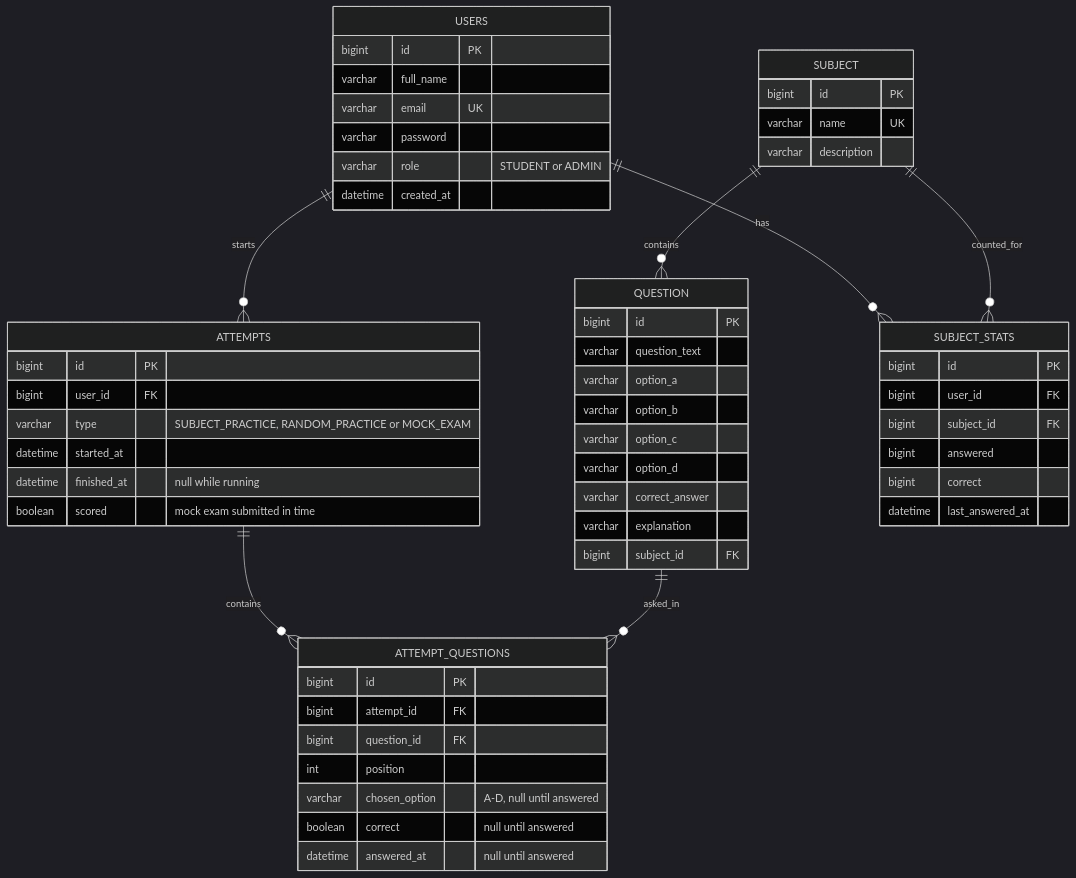
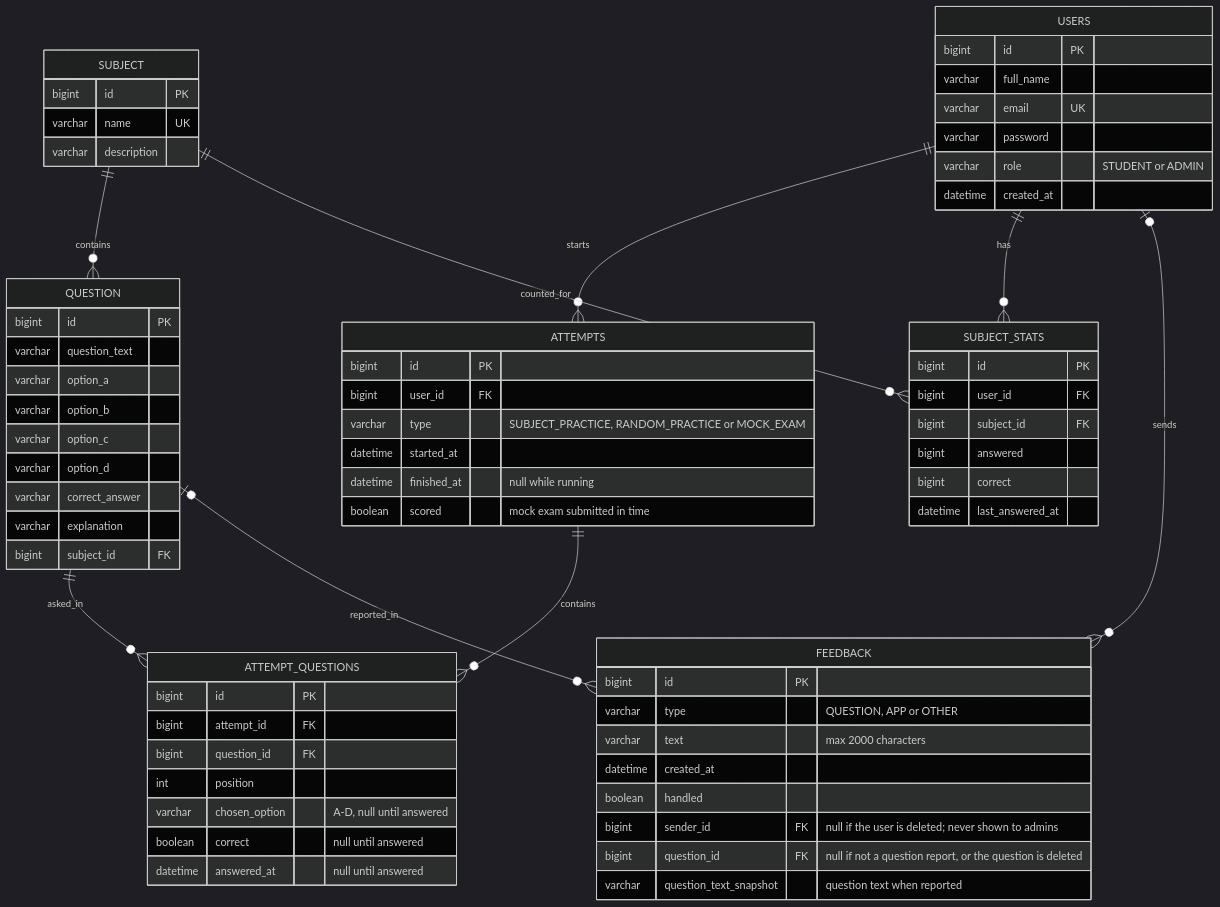
Before and after one commit to Hunter-Theory-Examination-Jagarexamen/hunter-exam-trainer: the diagram in docs/Database/ER-Diagram.md, drawn with Mermaid (dark theme). The commit also changed 3 other files, not shown here.

First line of the commit message:
docs: feedback in the ER and class diagrams, UI flow and SRS (#140)

````diff
--- a/docs/Database/ER-Diagram.md
+++ b/docs/Database/ER-Diagram.md
@@ -3,65 +3,78 @@
 ```mermaid
 erDiagram
 
     SUBJECT ||--o{ QUESTION : contains 
     USERS ||--o{ ATTEMPTS : starts
     ATTEMPTS ||--o{ ATTEMPT_QUESTIONS : contains
     QUESTION ||--o{ ATTEMPT_QUESTIONS : asked_in
     USERS ||--o{ SUBJECT_STATS : has
     SUBJECT ||--o{ SUBJECT_STATS : counted_for
+    USERS |o--o{ FEEDBACK : sends
+    QUESTION |o--o{ FEEDBACK : reported_in
 
     USERS {
         bigint id PK 
         varchar full_name 
         varchar email UK 
         varchar password 
         varchar role "STUDENT or ADMIN" 
         datetime created_at
     }
 
     SUBJECT {
         bigint id PK 
         varchar name UK 
         varchar description
     }
 
     QUESTION {
         bigint id PK 
         varchar question_text 
         varchar option_a 
         varchar option_b 
         varchar option_c 
         varchar option_d 
         varchar correct_answer 
         varchar explanation 
         bigint subject_id FK
     }
 
     ATTEMPTS {
         bigint id PK
         bigint user_id FK
         varchar type "SUBJECT_PRACTICE, RANDOM_PRACTICE or MOCK_EXAM"
         datetime started_at
         datetime finished_at "null while running"
         boolean scored "mock exam submitted in time"
     }
 
     ATTEMPT_QUESTIONS {
         bigint id PK
         bigint attempt_id FK
         bigint question_id FK
         int position
         varchar chosen_option "A-D, null until answered"
         boolean correct "null until answered"
         datetime answered_at "null until answered"
     }
 
     SUBJECT_STATS {
         bigint id PK
         bigint user_id FK
         bigint subject_id FK
         bigint answered
         bigint correct
         datetime last_answered_at
     }
+
+    FEEDBACK {
+        bigint id PK
+        varchar type "QUESTION, APP or OTHER"
+        varchar text "max 2000 characters"
+        datetime created_at
+        boolean handled
+        bigint sender_id FK "null if the user is deleted; never shown to admins"
+        bigint question_id FK "null if not a question report, or the question is deleted"
+        varchar question_text_snapshot "question text when reported"
+    }
 ```
````
